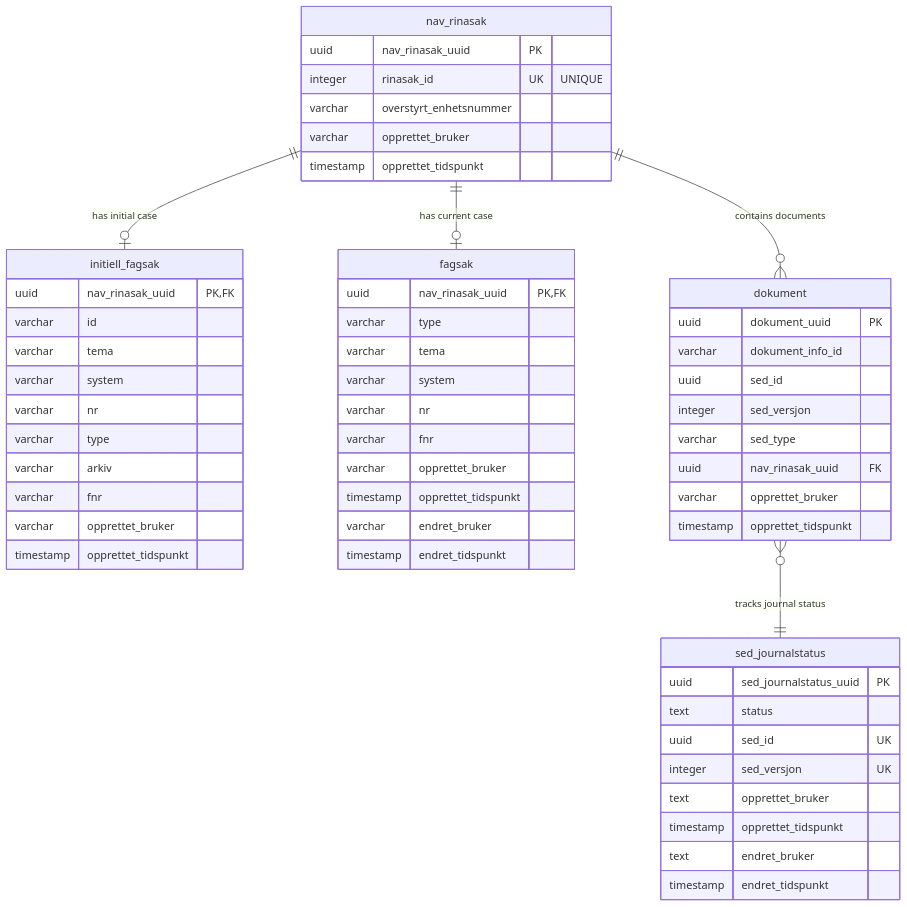
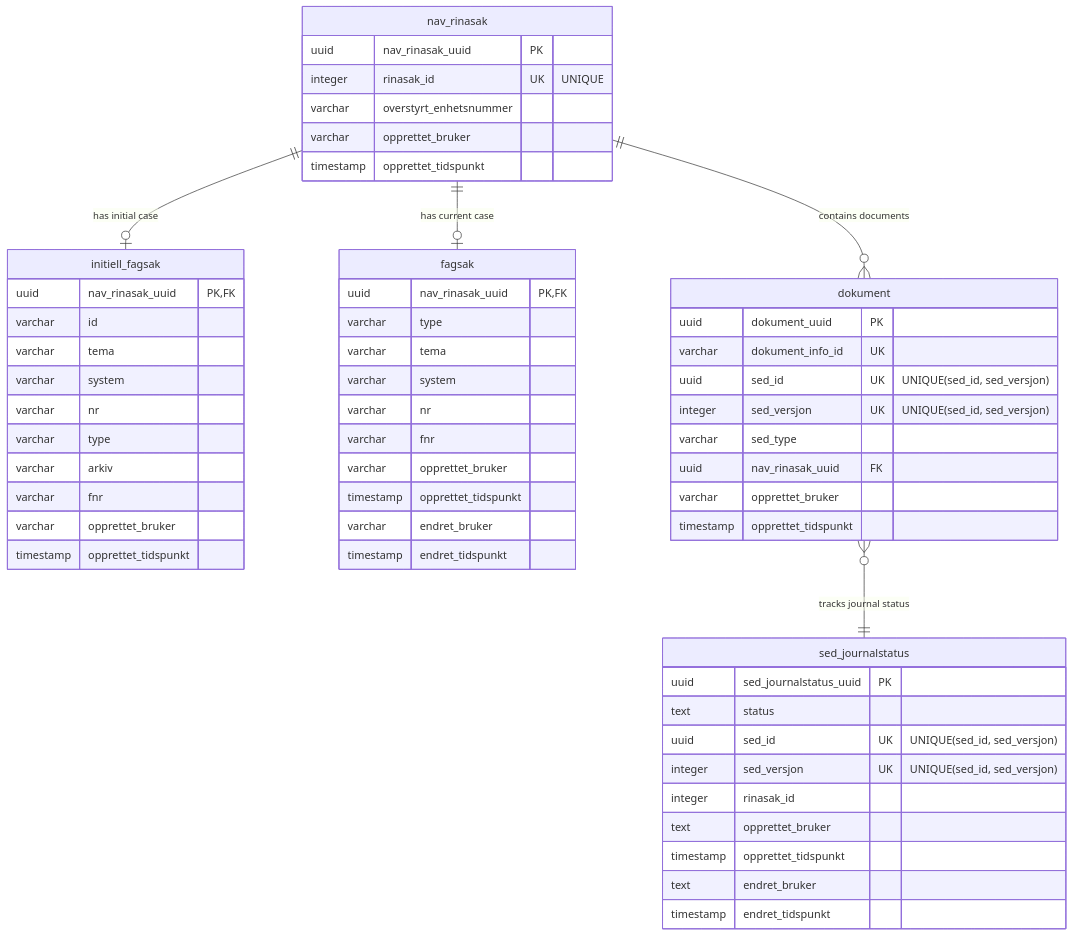
The diagram in readme.md (navikt/eux-nav-rinasak), drawn with Mermaid before and after one commit. The commit also changed other lines of this file and 1 other file, not shown here.

Commit message:
docs: update readme to match current implementation (#20)
* chore: move skill to .github/instructions/ for Copilot CLI

Move update-documentation skill from .github/copilot/skills/ to
.github/instructions/ with the required .instructions.md extension
so the Copilot CLI can discover and use it.

Closes #19

* docs: update readme to match current implementation

---------

````diff
--- a/readme.md
+++ b/readme.md
@@ -54,63 +54,64 @@
 ```mermaid
 erDiagram
     nav_rinasak {
         uuid nav_rinasak_uuid PK
         integer rinasak_id UK "UNIQUE"
         varchar overstyrt_enhetsnummer
         varchar opprettet_bruker
         timestamp opprettet_tidspunkt
     }
     
     initiell_fagsak {
         uuid nav_rinasak_uuid PK,FK
         varchar id
         varchar tema
         varchar system
         varchar nr
         varchar type
         varchar arkiv
         varchar fnr
         varchar opprettet_bruker
         timestamp opprettet_tidspunkt
     }
     
     fagsak {
         uuid nav_rinasak_uuid PK,FK
         varchar type
         varchar tema
         varchar system
         varchar nr
         varchar fnr
         varchar opprettet_bruker
         timestamp opprettet_tidspunkt
         varchar endret_bruker
         timestamp endret_tidspunkt
     }
     
     dokument {
         uuid dokument_uuid PK
-        varchar dokument_info_id
-        uuid sed_id
-        integer sed_versjon
+        varchar dokument_info_id UK
+        uuid sed_id UK "UNIQUE(sed_id, sed_versjon)"
+        integer sed_versjon UK "UNIQUE(sed_id, sed_versjon)"
         varchar sed_type
         uuid nav_rinasak_uuid FK
         varchar opprettet_bruker
         timestamp opprettet_tidspunkt
     }
     
     sed_journalstatus {
         uuid sed_journalstatus_uuid PK
         text status
-        uuid sed_id UK
-        integer sed_versjon UK
+        uuid sed_id UK "UNIQUE(sed_id, sed_versjon)"
+        integer sed_versjon UK "UNIQUE(sed_id, sed_versjon)"
+        integer rinasak_id
         text opprettet_bruker
         timestamp opprettet_tidspunkt
         text endret_bruker
         timestamp endret_tidspunkt
     }
 
     nav_rinasak ||--o| initiell_fagsak : "has initial case"
     nav_rinasak ||--o| fagsak : "has current case"
     nav_rinasak ||--o{ dokument : "contains documents"
     dokument }o--|| sed_journalstatus : "tracks journal status"
 ```
````
